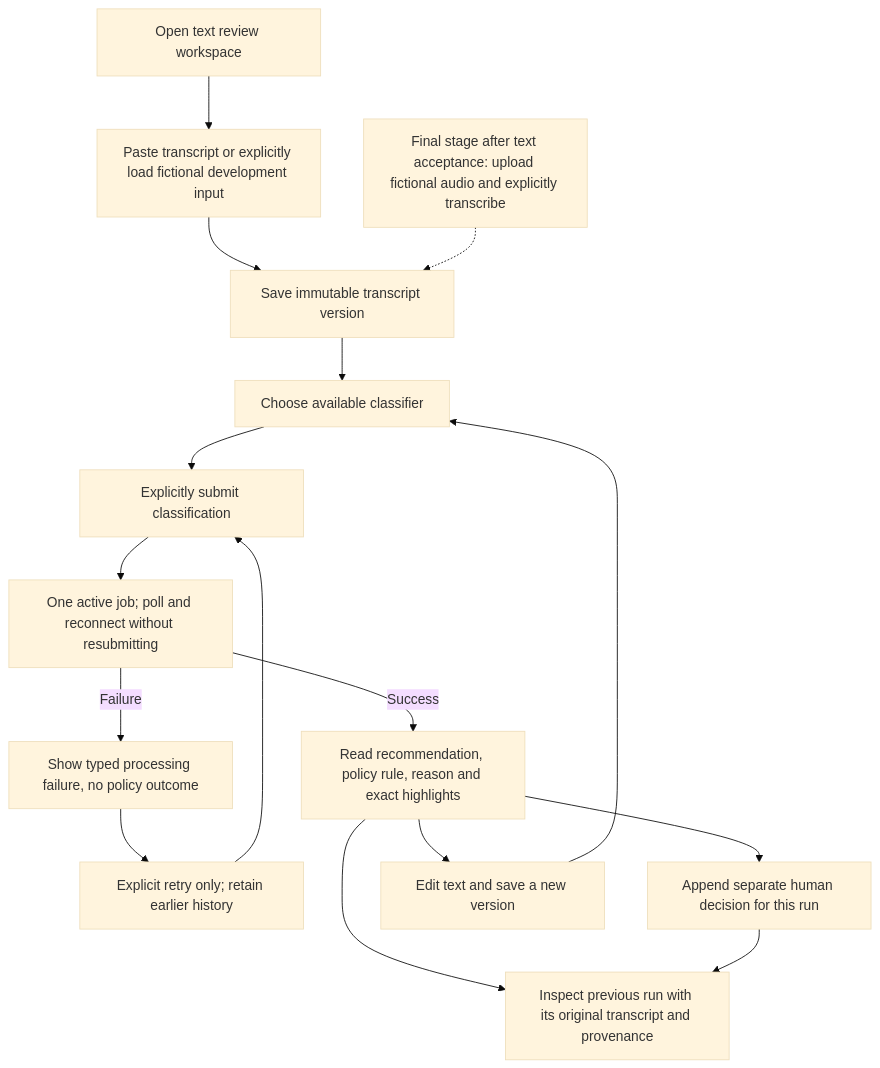
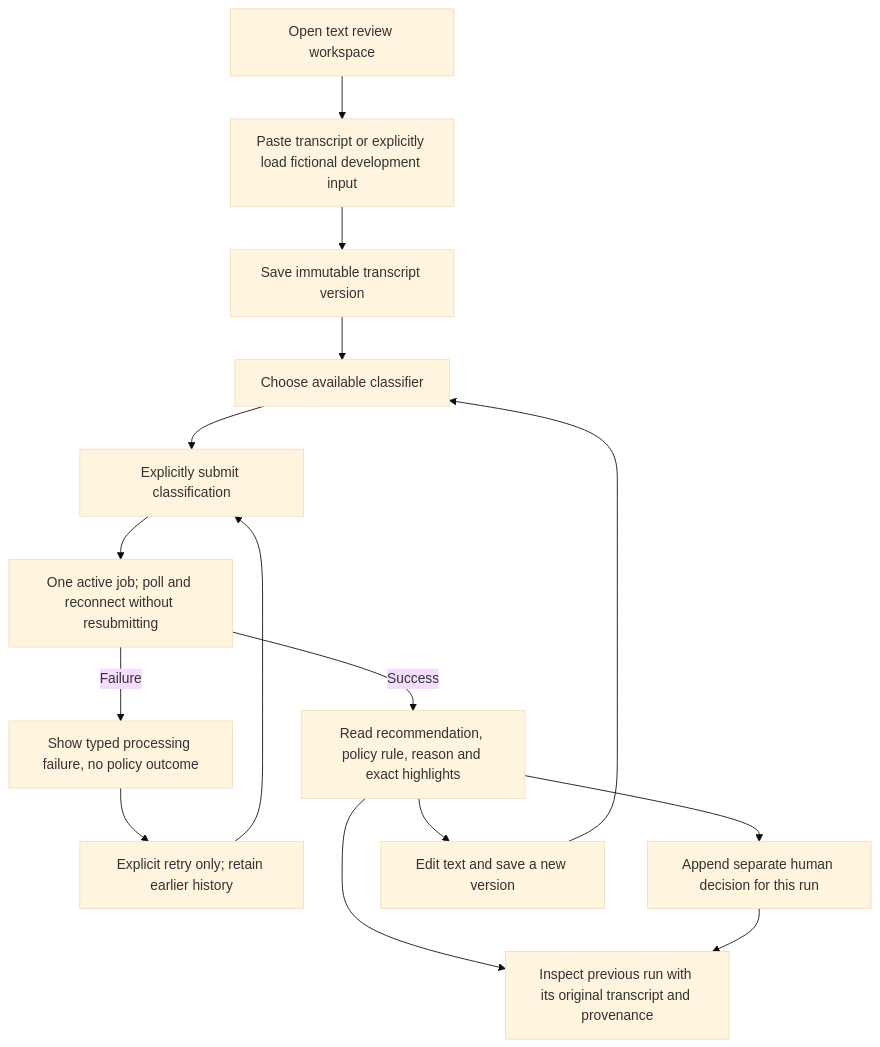
The diagram in docs/USER_FLOW.md (aidevcode9/voice-callback-review), drawn with Mermaid (base theme) before and after one commit. The commit also changed other lines of this file and 34 other files, not shown here.

````diff
--- a/docs/USER_FLOW.md
+++ b/docs/USER_FLOW.md
@@ -5,18 +5,17 @@
 ```mermaid
 flowchart TD
     Start["Open text review workspace"] --> Input["Paste transcript or explicitly load fictional development input"]
     Input --> Save["Save immutable transcript version"]
     Save --> Select["Choose available classifier"]
     Select --> Submit["Explicitly submit classification"]
     Submit --> Job["One active job; poll and reconnect without resubmitting"]
     Job -->|Failure| Error["Show typed processing failure, no policy outcome"]
     Error --> Retry["Explicit retry only; retain earlier history"]
     Retry --> Submit
     Job -->|Success| Read["Read recommendation, policy rule, reason and exact highlights"]
     Read --> Review["Append separate human decision for this run"]
     Read --> Edit["Edit text and save a new version"]
     Edit --> Select
     Read --> History["Inspect previous run with its original transcript and provenance"]
     Review --> History
-    Final["Final stage after text acceptance: upload fictional audio and explicitly transcribe"] -.-> Save
 ```
````
